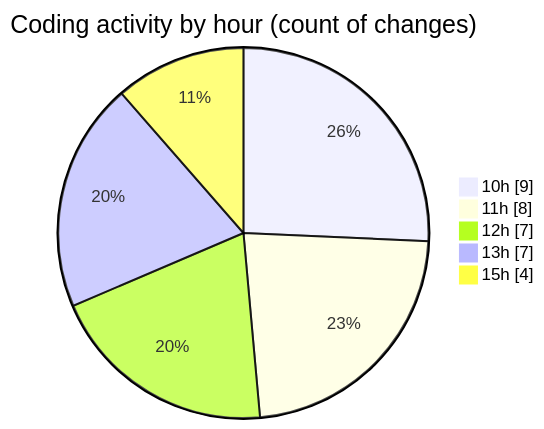
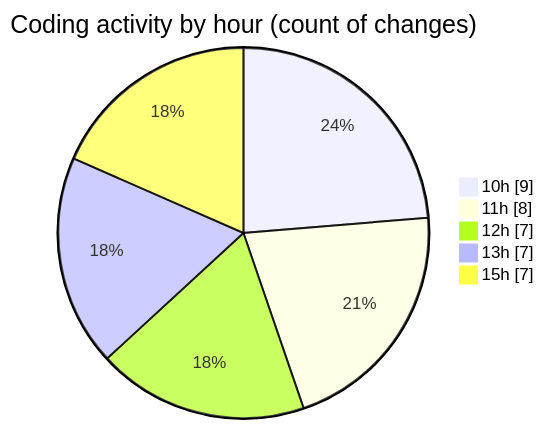
The second of 2 diagrams in 2026-10-14/cda/README.md (momahboobian/code-tracking), drawn with Mermaid before and after one commit. The commit also changed other lines of this file and 1 other file, not shown here.

````diff
--- a/2026-10-14/cda/README.md
+++ b/2026-10-14/cda/README.md
@@ -45,9 +45,9 @@
 ```mermaid
 pie showData
 title Coding activity by hour (count of changes)
 "10h" : 9
 "11h" : 8
 "12h" : 7
 "13h" : 7
-"15h" : 4
+"15h" : 7
 ```
````
